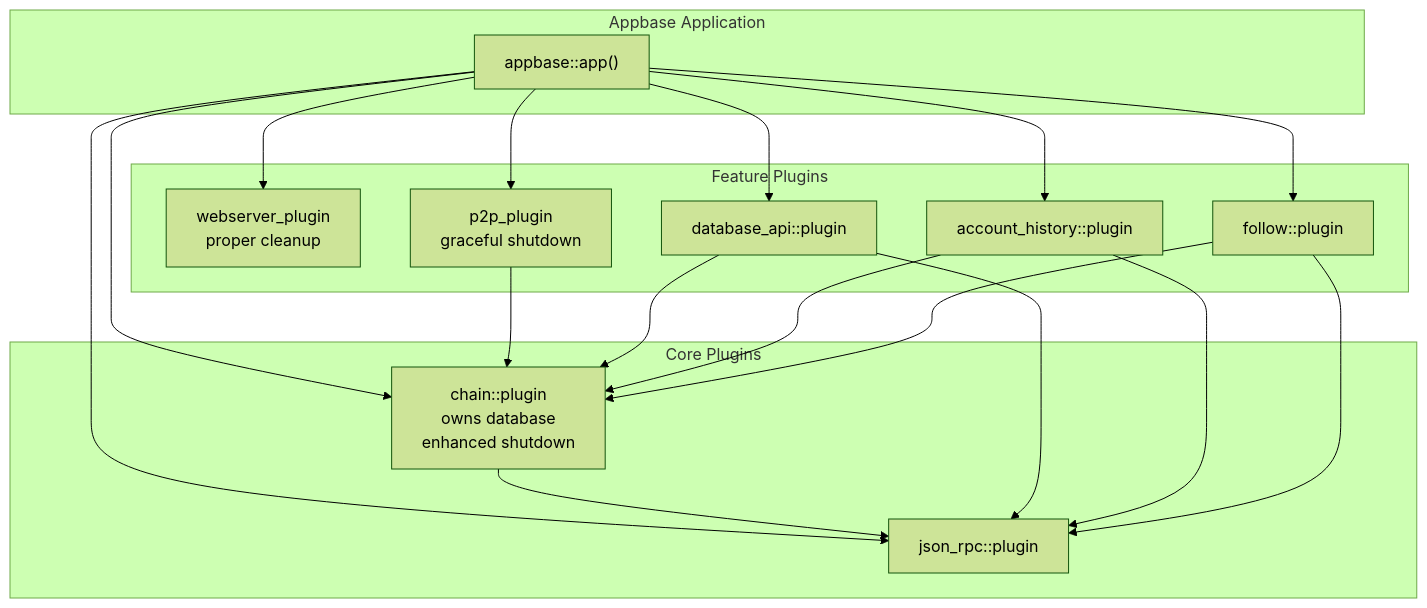
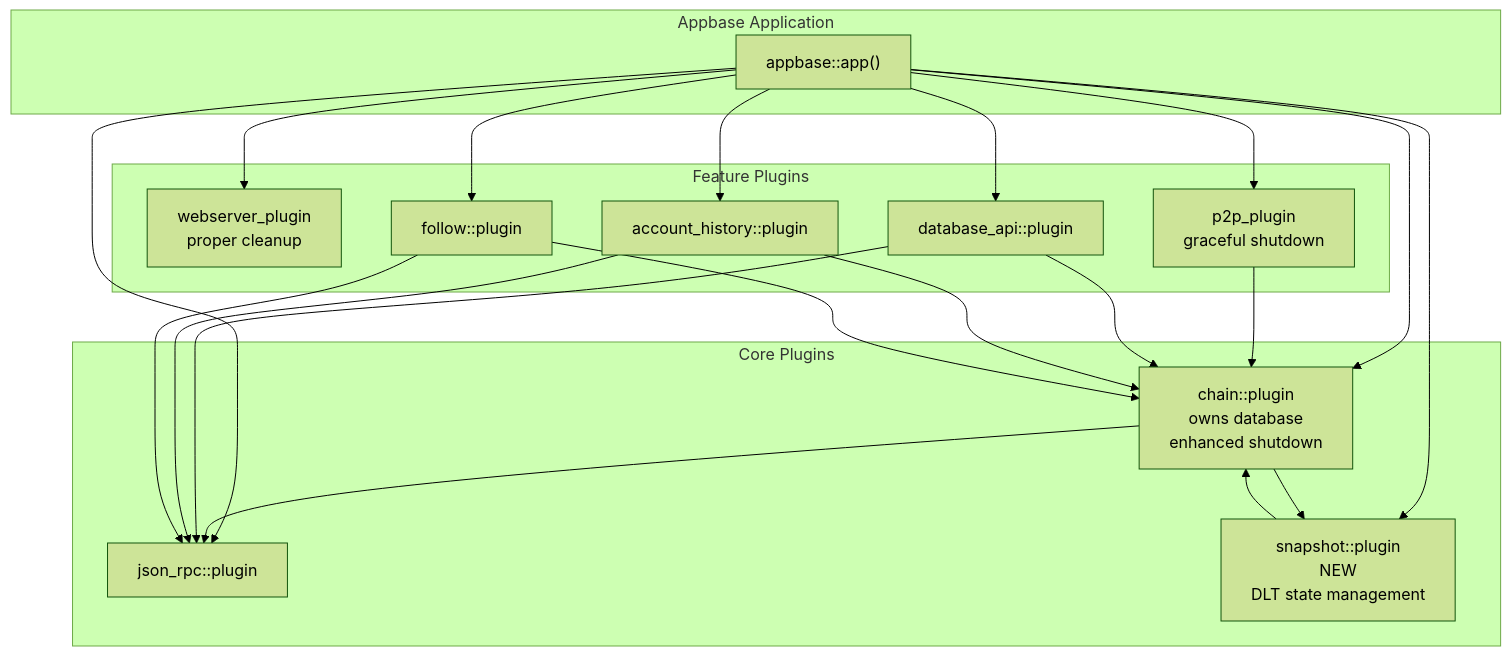
One commit to VIZ-Blockchain/viz-cpp-node changed the second of 14 diagrams in .qoder/repowiki/en/content/Architecture Overview/Plugin Architecture/Plugin Architecture.md. Above: the diagram before and after it, drawn with Mermaid (forest theme). The commit also changed other lines of this file and 9 other files, not shown here.

First line of the commit message:
feat(chain): add snapshot loading and DLT mode support

````diff
--- a/.qoder/repowiki/en/content/Architecture Overview/Plugin Architecture/Plugin Architecture.md
+++ b/.qoder/repowiki/en/content/Architecture Overview/Plugin Architecture/Plugin Architecture.md
@@ -111,32 +128,36 @@
 ```mermaid
 graph TB
 subgraph "Appbase Application"
 APP["appbase::app()"]
 end
 subgraph "Core Plugins"
 CHAIN["chain::plugin<br/>owns database<br/>enhanced shutdown"]
 JSONRPC["json_rpc::plugin"]
+SNAPSHOT["snapshot::plugin<br/>NEW<br/>DLT state management"]
 end
 subgraph "Feature Plugins"
 WS["webserver_plugin<br/>proper cleanup"]
 P2P["p2p_plugin<br/>graceful shutdown"]
 DBAPI["database_api::plugin"]
 AH["account_history::plugin"]
 FOLLOW["follow::plugin"]
 end
 APP --> CHAIN
 APP --> JSONRPC
+APP --> SNAPSHOT
 APP --> WS
 APP --> P2P
 APP --> DBAPI
 APP --> AH
 APP --> FOLLOW
 CHAIN --> JSONRPC
+CHAIN --> SNAPSHOT
 P2P --> CHAIN
 DBAPI --> CHAIN
 DBAPI --> JSONRPC
 AH --> CHAIN
 AH --> JSONRPC
 FOLLOW --> CHAIN
 FOLLOW --> JSONRPC
+SNAPSHOT --> CHAIN
 ```
````
